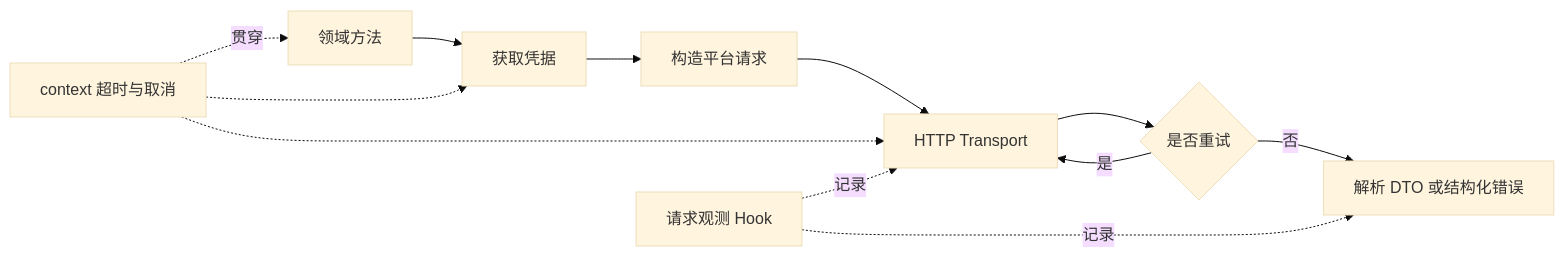
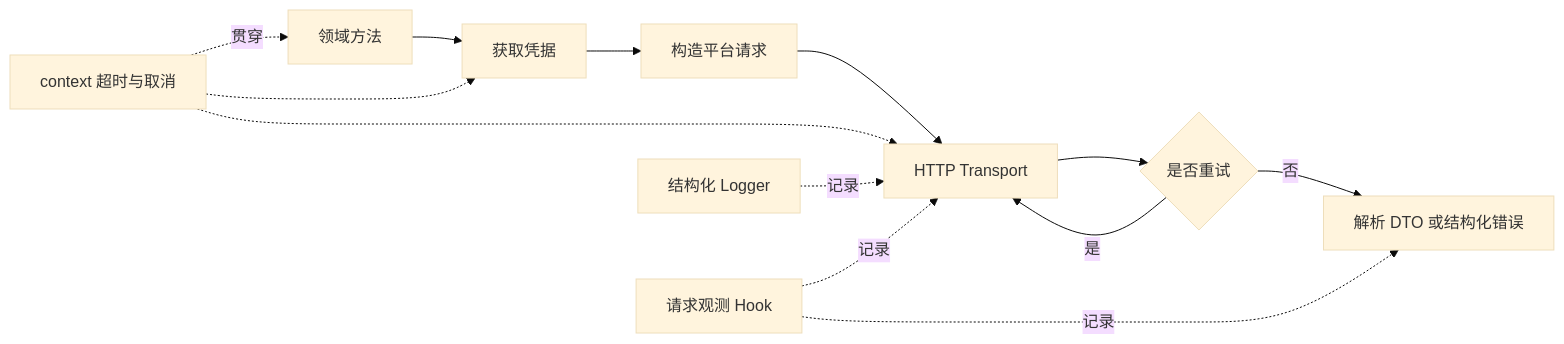
Before and after one commit to goairix/wx: the second of 2 diagrams in wiki/Home.md, drawn with Mermaid (base theme). The commit also changed other lines of this file and 10 other files, not shown here.

````diff
--- a/wiki/Home.md
+++ b/wiki/Home.md
@@ -199,15 +208,16 @@
 ```mermaid
 flowchart LR
     Domain[领域方法] --> Credential[获取凭据]
     Credential --> Build[构造平台请求]
     Build --> Transport[HTTP Transport]
     Transport --> Retry{是否重试}
     Retry -->|是| Transport
     Retry -->|否| Parse[解析 DTO 或结构化错误]
 
     Context[context 超时与取消] -.贯穿.-> Domain
     Context -.-> Credential
     Context -.-> Transport
+    Logger[结构化 Logger] -.记录.-> Transport
     Hook[请求观测 Hook] -.记录.-> Transport
     Hook -.记录.-> Parse
 ```
````
